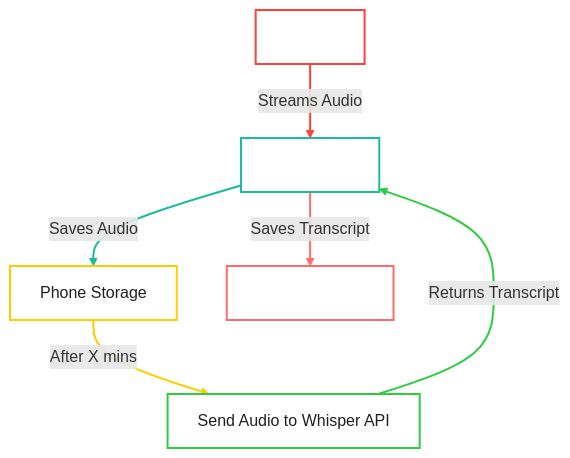
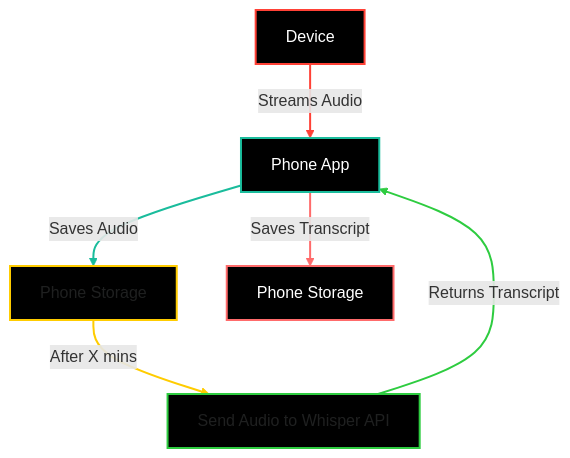
The diagram in README.md (jagdish-15/omi-lfs-clean), drawn with Mermaid before and after one commit.

````diff
--- a/README.md
+++ b/README.md
@@ -21,20 +21,20 @@
 ```mermaid
 graph TD
 A[Device] -- Streams Audio --> B[Phone App]
 B -- Saves Audio --> C[Phone Storage]
 C -- After X mins --> D[Send Audio to Whisper API]
 D -- Returns Transcript --> B[Phone App]
 B -- Saves Transcript --> F[Phone Storage]
 
-style A fill:#FFFFFF, stroke:#FF4136, stroke-width:2px, color:#FFFFFF
-style B fill:#FFFFFF, stroke:#1ABC9C, stroke-width:2px, color:#FFFFFF
-style C fill:#FFFFFF, stroke:#FFCC00, stroke-width:2px, color:#1F2020
-style D fill:#FFFFFF, stroke:#2ECC40, stroke-width:2px, color:#1F2020
-style F fill:#FFFFFF, stroke:#FF6B6B, stroke-width:2px, color:#FFFFFF
+style A fill:#000000, stroke:#FF4136, stroke-width:2px, color:#FFFFFF
+style B fill:#000000, stroke:#1ABC9C, stroke-width:2px, color:#FFFFFF
+style C fill:#000000, stroke:#FFCC00, stroke-width:2px, color:#1F2020
+style D fill:#000000, stroke:#2ECC40, stroke-width:2px, color:#1F2020
+style F fill:#000000, stroke:#FF6B6B, stroke-width:2px, color:#FFFFFF
 
 linkStyle 0 stroke:#FF4136, stroke-width:2px
 linkStyle 1 stroke:#1ABC9C, stroke-width:2px
 linkStyle 2 stroke:#FFCC00, stroke-width:2px
 linkStyle 3 stroke:#2ECC40, stroke-width:2px
 linkStyle 4 stroke:#FF6B6B, stroke-width:2px
 ```
````
